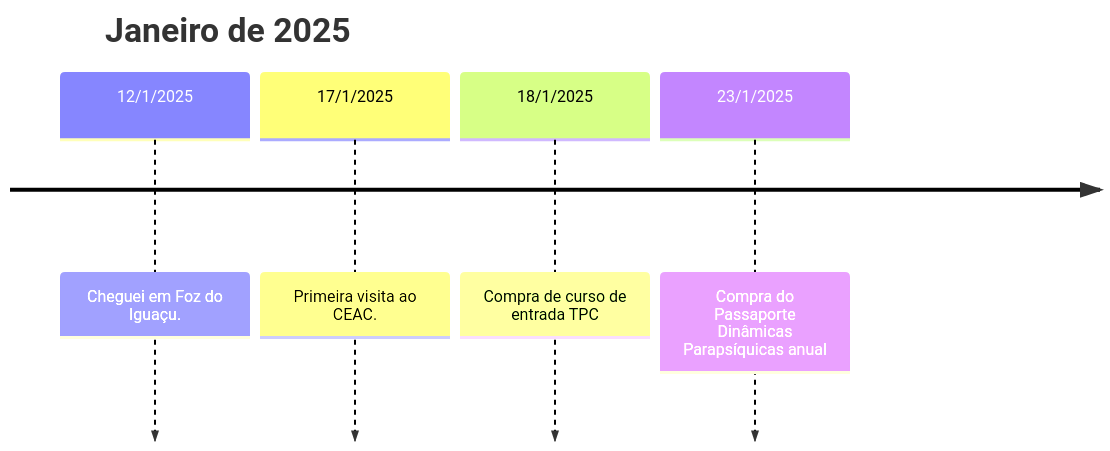
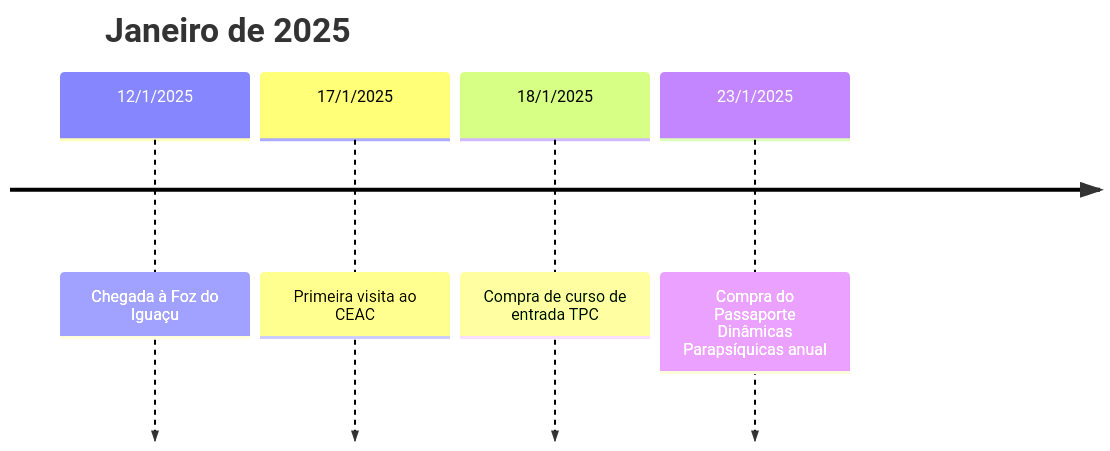
The first of 3 diagrams in index.qmd (edusantana/autopesquisa-voluntariado-relatorio-2025), drawn with Mermaid before and after one commit. The commit also changed other lines of this file and 5 other files, not shown here.

````diff
--- a/index.qmd
+++ b/index.qmd
@@ -744,9 +834,9 @@
 ```{mermaid}
 timeline
     title Janeiro de 2025
-    12/1/2025 : Cheguei em Foz do Iguaçu.
-    17/1/2025 : Primeira visita ao CEAC.
+    12/1/2025 : Chegada à Foz do Iguaçu
+    17/1/2025 : Primeira visita ao CEAC
     18/1/2025 : Compra de curso de entrada TPC 
     23/1/2025 : Compra do Passaporte Dinâmicas Parapsíquicas anual
 
 ```
````
